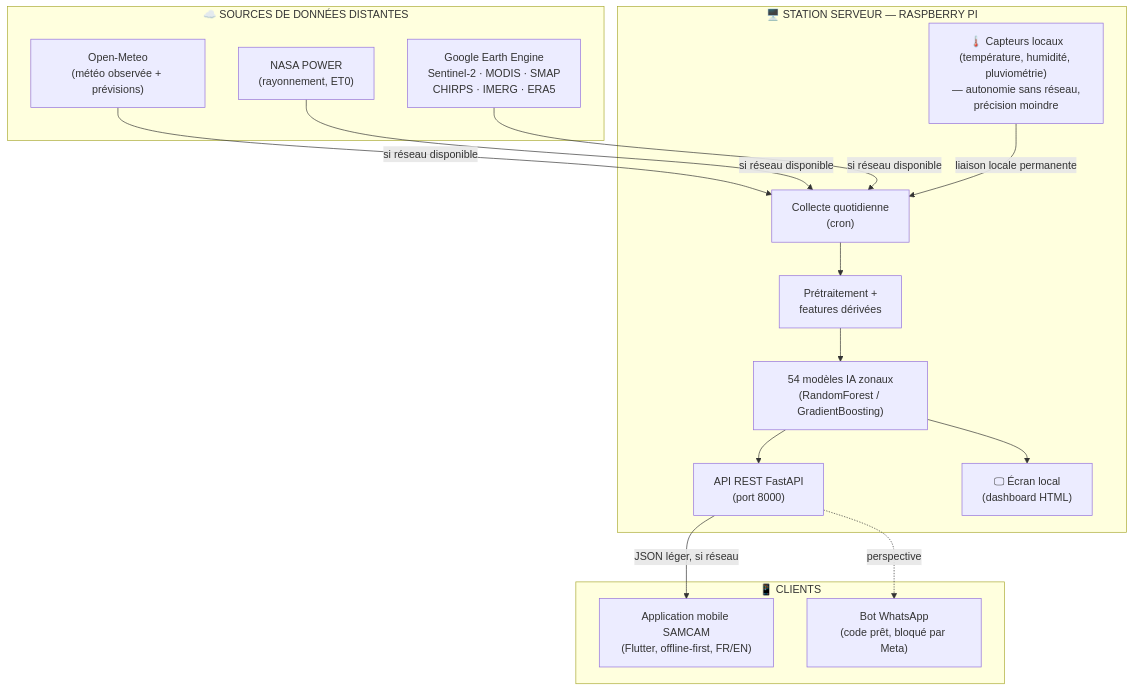
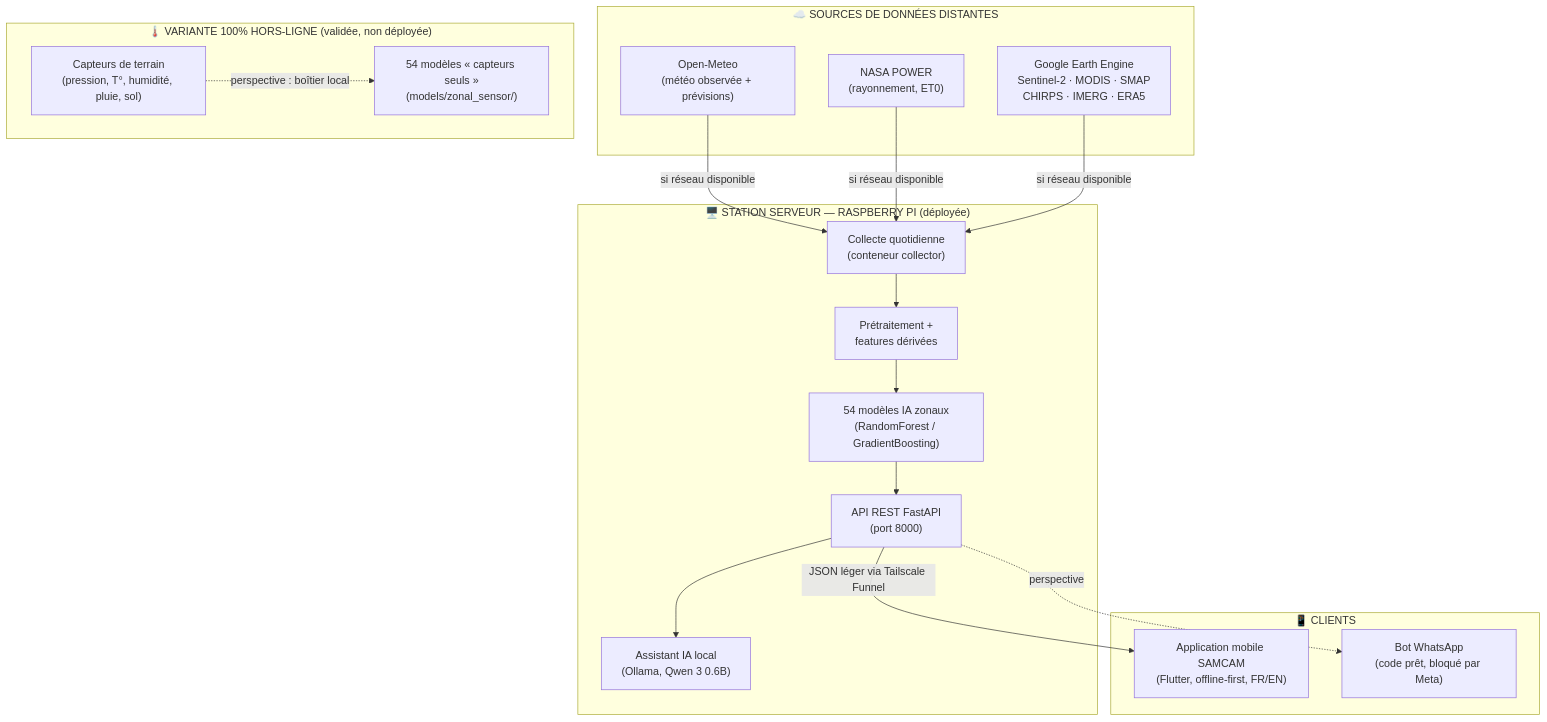
One commit to jeremygeorgesdurand-dev/SAMCAM changed the first of 4 diagrams in docs/RAPPORT_SAMCAM.md. Above: the diagram before and after it, drawn with Mermaid. The commit also changed other lines of this file, not shown here.

````diff
--- a/docs/RAPPORT_SAMCAM.md
+++ b/docs/RAPPORT_SAMCAM.md
@@ -111,31 +110,35 @@
 ```mermaid
 flowchart TB
     subgraph SOURCES["☁️ SOURCES DE DONNÉES DISTANTES"]
         OM["Open-Meteo<br/>(météo observée + prévisions)"]
         NASA["NASA POWER<br/>(rayonnement, ET0)"]
         GEE["Google Earth Engine<br/>Sentinel-2 · MODIS · SMAP<br/>CHIRPS · IMERG · ERA5"]
     end
 
-    subgraph STATION["🖥️ STATION SERVEUR — RASPBERRY PI"]
-        CAPTEURS["🌡️ Capteurs locaux<br/>(température, humidité, pluviométrie)<br/>— autonomie sans réseau,<br/>précision moindre"]
-        COLLECTE["Collecte quotidienne<br/>(cron)"]
+    subgraph STATION["🖥️ STATION SERVEUR — RASPBERRY PI (déployée)"]
+        COLLECTE["Collecte quotidienne<br/>(conteneur collector)"]
         PIPELINE["Prétraitement +<br/>features dérivées"]
         IA["54 modèles IA zonaux<br/>(RandomForest / GradientBoosting)"]
         API["API REST FastAPI<br/>(port 8000)"]
-        ECRAN["🖵 Écran local<br/>(dashboard HTML)"]
+        ASSIST["Assistant IA local<br/>(Ollama, Qwen 3 0.6B)"]
+    end
+
+    subgraph OFFLINE["🌡️ VARIANTE 100% HORS-LIGNE (validée, non déployée)"]
+        CAPTEURS["Capteurs de terrain<br/>(pression, T°, humidité, pluie, sol)"]
+        SENSORMOD["54 modèles « capteurs seuls »<br/>(models/zonal_sensor/)"]
     end
 
     subgraph CLIENTS["📱 CLIENTS"]
         APP["Application mobile SAMCAM<br/>(Flutter, offline-first, FR/EN)"]
         WA["Bot WhatsApp<br/>(code prêt, bloqué par Meta)"]
     end
 
     OM -->|"si réseau disponible"| COLLECTE
     NASA -->|"si réseau disponible"| COLLECTE
     GEE -->|"si réseau disponible"| COLLECTE
-    CAPTEURS -->|"liaison locale permanente"| COLLECTE
     COLLECTE --> PIPELINE --> IA --> API
-    IA --> ECRAN
-    API -->|"JSON léger, si réseau"| APP
+    API --> ASSIST
+    CAPTEURS -.->|"perspective : boîtier local"| SENSORMOD
+    API -->|"JSON léger via Tailscale Funnel"| APP
     API -.->|"perspective"| WA
 ```
````
